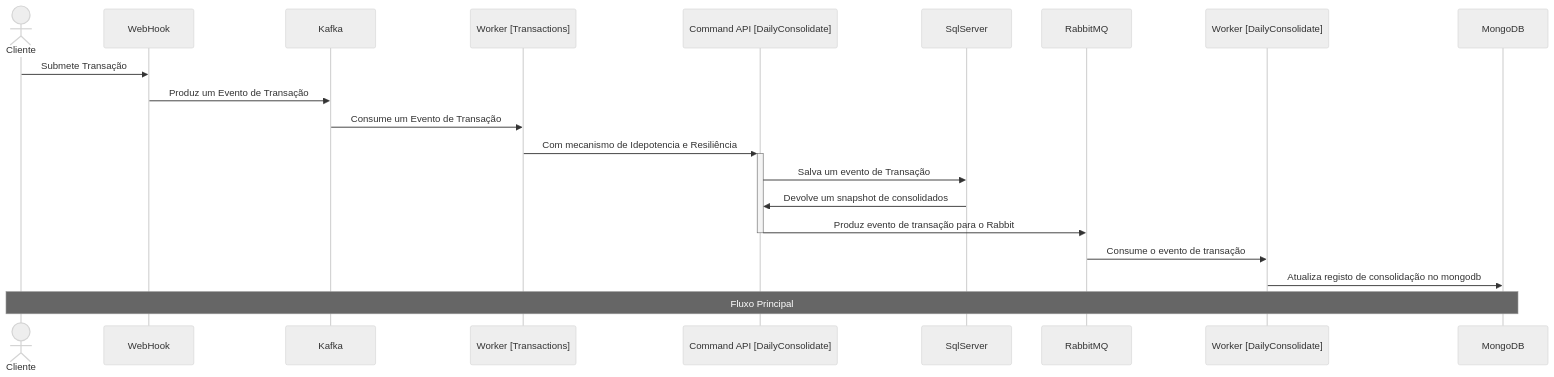
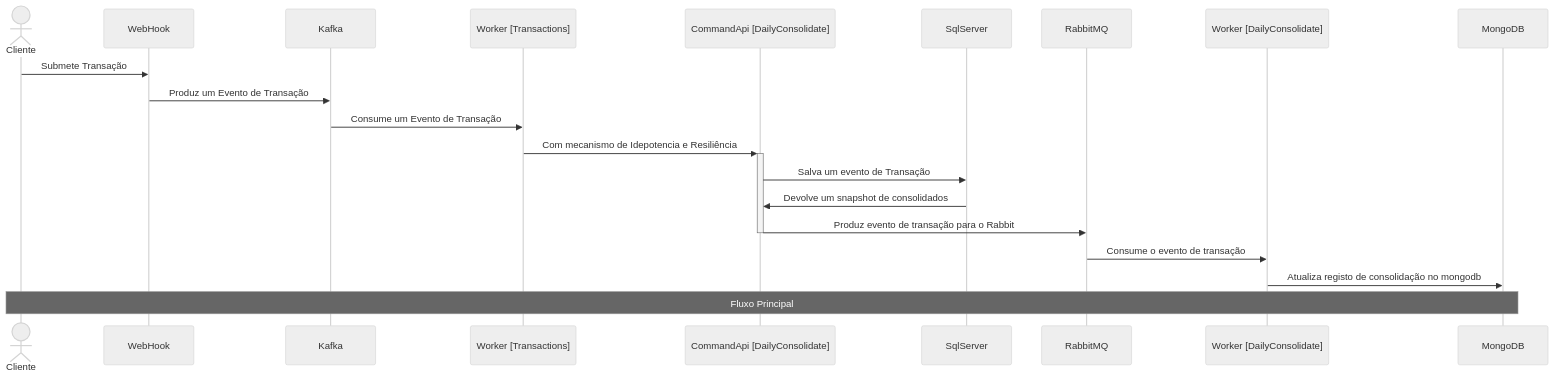
One commit to thiagocbcunha/arch-solution changed the fourth of 4 diagrams in README.md. Above: the diagram before and after it, drawn with Mermaid (neutral theme). The commit also changed other lines of this file, not shown here.

````diff
--- a/README.md
+++ b/README.md
@@ -325,24 +429,24 @@
 ```mermaid
 sequenceDiagram
     actor Cliente
     participant WebHook
     participant Kafka
     participant Worker [Transactions]
-    participant Command API [DailyConsolidate]
+    participant CommandApi [DailyConsolidate]
     participant SqlServer
     participant RabbitMQ
     participant Worker [DailyConsolidate]
     participant MongoDB
 
     Cliente->>WebHook: Submete Transação
     WebHook->>Kafka: Produz um Evento de Transação
     Kafka->>Worker [Transactions]: Consume um Evento de Transação
-    Worker [Transactions]->>+Command API [DailyConsolidate]: Com mecanismo de Idepotencia e Resiliência
-    Command API [DailyConsolidate]->>SqlServer: Salva um evento de Transação
-    SqlServer->>Command API [DailyConsolidate]: Devolve um snapshot de consolidados
-    Command API [DailyConsolidate]->>-RabbitMQ: Produz evento de transação para o Rabbit
+    Worker [Transactions]->>+CommandApi [DailyConsolidate]: Com mecanismo de Idepotencia e Resiliência
+    CommandApi [DailyConsolidate]->>SqlServer: Salva um evento de Transação
+    SqlServer->>CommandApi [DailyConsolidate]: Devolve um snapshot de consolidados
+    CommandApi [DailyConsolidate]->>-RabbitMQ: Produz evento de transação para o Rabbit
     RabbitMQ->>Worker [DailyConsolidate]: Consume o evento de transação
     Worker [DailyConsolidate]->>MongoDB: Atualiza registo de consolidação no mongodb
 
     Note over Cliente, MongoDB: Fluxo Principal
 ```
````
